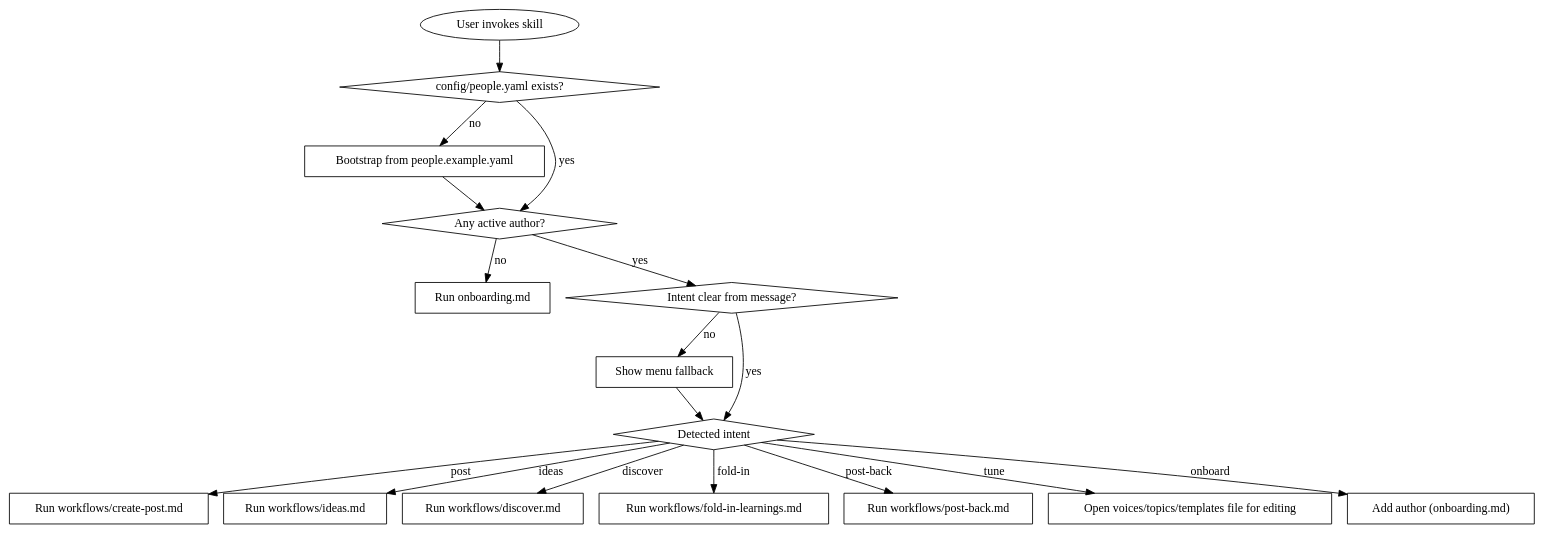
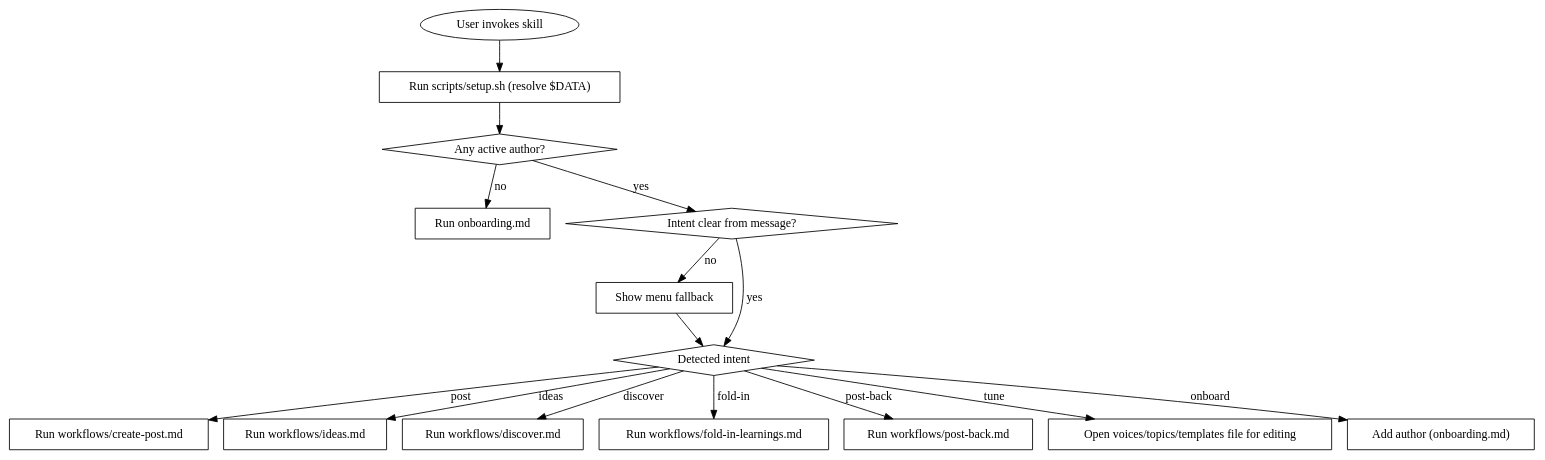
One commit to noah-vl/linkedin-post-max changed the diagram in SKILL.md. Above: the diagram before and after it, drawn with Graphviz. The commit also changed other lines of this file and 10 other files, not shown here.

Commit message:
v1.2.0: store user data outside the skill folder so updates never overwrite it

````diff
--- a/SKILL.md
+++ b/SKILL.md
@@ -34,36 +54,33 @@
 ```dot
 digraph routing {
     "User invokes skill" [shape=oval];
-    "config/people.yaml exists?" [shape=diamond];
-    "Bootstrap from people.example.yaml" [shape=box];
+    "Run scripts/setup.sh (resolve $DATA)" [shape=box];
     "Any active author?" [shape=diamond];
     "Run onboarding.md" [shape=box];
     "Intent clear from message?" [shape=diamond];
     "Show menu fallback" [shape=box];
     "Detected intent" [shape=diamond];
     "Run workflows/create-post.md" [shape=box];
     "Run workflows/ideas.md" [shape=box];
     "Run workflows/discover.md" [shape=box];
     "Run workflows/fold-in-learnings.md" [shape=box];
     "Run workflows/post-back.md" [shape=box];
     "Open voices/topics/templates file for editing" [shape=box];
     "Add author (onboarding.md)" [shape=box];
 
-    "User invokes skill" -> "config/people.yaml exists?";
-    "config/people.yaml exists?" -> "Bootstrap from people.example.yaml" [label="no"];
-    "Bootstrap from people.example.yaml" -> "Any active author?";
-    "config/people.yaml exists?" -> "Any active author?" [label="yes"];
+    "User invokes skill" -> "Run scripts/setup.sh (resolve $DATA)";
+    "Run scripts/setup.sh (resolve $DATA)" -> "Any active author?";
     "Any active author?" -> "Run onboarding.md" [label="no"];
     "Any active author?" -> "Intent clear from message?" [label="yes"];
     "Intent clear from message?" -> "Detected intent" [label="yes"];
     "Intent clear from message?" -> "Show menu fallback" [label="no"];
     "Show menu fallback" -> "Detected intent";
     "Detected intent" -> "Run workflows/create-post.md" [label="post"];
     "Detected intent" -> "Run workflows/ideas.md" [label="ideas"];
     "Detected intent" -> "Run workflows/discover.md" [label="discover"];
     "Detected intent" -> "Run workflows/fold-in-learnings.md" [label="fold-in"];
     "Detected intent" -> "Run workflows/post-back.md" [label="post-back"];
     "Detected intent" -> "Open voices/topics/templates file for editing" [label="tune"];
     "Detected intent" -> "Add author (onboarding.md)" [label="onboard"];
 }
 ```
````
